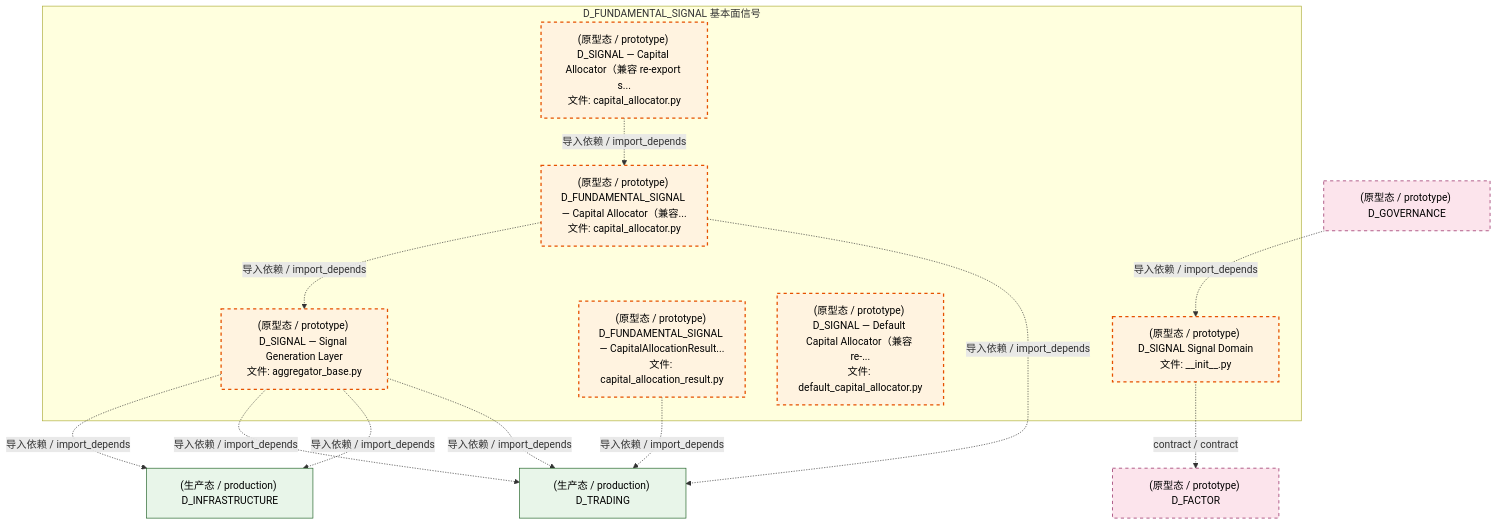
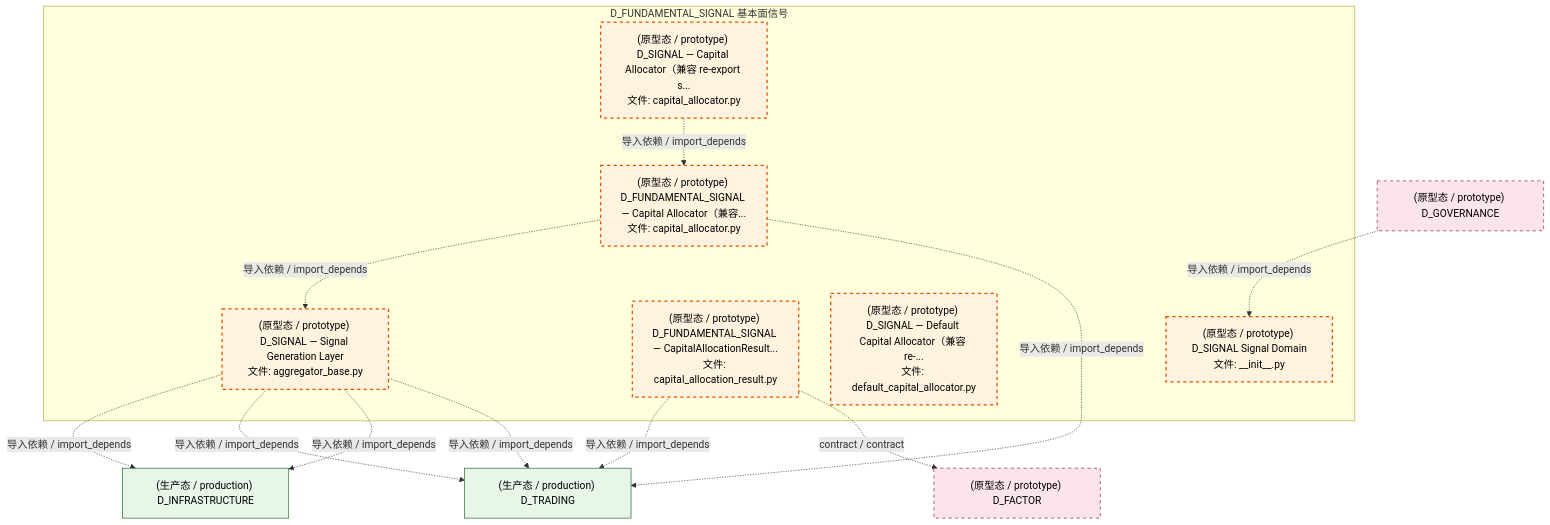
One commit to xuanFelixVan/ZephyrAlpha changed the third of 4 diagrams in docs/02_enterprise_architecture/02_domain_architecture_docs/37_d_fundamental_signal.md. Above: the diagram before and after it, drawn with Mermaid. The commit also changed other lines of this file and 99 other files, not shown here.

````diff
--- a/docs/02_enterprise_architecture/02_domain_architecture_docs/37_d_fundamental_signal.md
+++ b/docs/02_enterprise_architecture/02_domain_architecture_docs/37_d_fundamental_signal.md
@@ -171,32 +171,32 @@
 ```mermaid
 graph TD
     subgraph D_FUNDAMENTAL_SIGNAL["D_FUNDAMENTAL_SIGNAL 基本面信号"]
         src_zephyr_signal_fundamental_init_py["(原型态 / prototype) D_SIGNAL Signal Domain<br/>文件: __init__.py"]
         src_zephyr_signal_fundamental_capital_capital_allocation_result_py["(原型态 / prototype) D_FUNDAMENTAL_SIGNAL — CapitalAllocationResult...<br/>文件: capital_allocation_result.py"]
         src_zephyr_signal_fundamental_capital_capital_allocator_py["(原型态 / prototype) D_SIGNAL — Capital Allocator（兼容 re-export s...<br/>文件: capital_allocator.py"]
         src_zephyr_signal_fundamental_capital_default_capital_allocator_py["(原型态 / prototype) D_SIGNAL — Default Capital Allocator（兼容 re-...<br/>文件: default_capital_allocator.py"]
         src_zephyr_signal_fundamental_gen_aggregator_base_py["(原型态 / prototype) D_SIGNAL — Signal Generation Layer<br/>文件: aggregator_base.py"]
         src_zephyr_signal_fundamental_strategy_capital_allocator_py["(原型态 / prototype) D_FUNDAMENTAL_SIGNAL — Capital Allocator（兼容...<br/>文件: capital_allocator.py"]
     end
     src_zephyr_signal_fundamental_capital_capital_allocator_py -.->|导入依赖 / import_depends| src_zephyr_signal_fundamental_strategy_capital_allocator_py
     src_zephyr_signal_fundamental_strategy_capital_allocator_py -.->|导入依赖 / import_depends| src_zephyr_signal_fundamental_gen_aggregator_base_py
-    D_FACTOR["(原型态 / prototype) D_FACTOR"]
-    src_zephyr_signal_fundamental_init_py -.->|contract / contract| D_FACTOR
     D_TRADING["(生产态 / production) D_TRADING"]
     src_zephyr_signal_fundamental_capital_capital_allocation_result_py -.->|导入依赖 / import_depends| D_TRADING
+    D_FACTOR["(原型态 / prototype) D_FACTOR"]
+    src_zephyr_signal_fundamental_capital_capital_allocation_result_py -.->|contract / contract| D_FACTOR
     D_INFRASTRUCTURE["(生产态 / production) D_INFRASTRUCTURE"]
     src_zephyr_signal_fundamental_gen_aggregator_base_py -.->|导入依赖 / import_depends| D_INFRASTRUCTURE
     src_zephyr_signal_fundamental_gen_aggregator_base_py -.->|导入依赖 / import_depends| D_TRADING
     src_zephyr_signal_fundamental_gen_aggregator_base_py -.->|导入依赖 / import_depends| D_INFRASTRUCTURE
     src_zephyr_signal_fundamental_gen_aggregator_base_py -.->|导入依赖 / import_depends| D_TRADING
     src_zephyr_signal_fundamental_strategy_capital_allocator_py -.->|导入依赖 / import_depends| D_TRADING
     D_GOVERNANCE["(原型态 / prototype) D_GOVERNANCE"]
     D_GOVERNANCE -.->|导入依赖 / import_depends| src_zephyr_signal_fundamental_init_py
     classDef production fill:#e1f5fe,stroke:#01579b,stroke-width:2px,color:#000
     classDef design fill:#fff3e0,stroke:#e65100,stroke-width:2px,color:#000,stroke-dasharray: 5 5
     classDef external_prod fill:#e8f5e9,stroke:#1b5e20,stroke-width:1px,color:#000
     classDef external_design fill:#fce4ec,stroke:#880e4f,stroke-width:1px,color:#000,stroke-dasharray: 5 5
     class src_zephyr_signal_fundamental_init_py,src_zephyr_signal_fundamental_capital_capital_allocation_result_py,src_zephyr_signal_fundamental_capital_capital_allocator_py,src_zephyr_signal_fundamental_capital_default_capital_allocator_py,src_zephyr_signal_fundamental_gen_aggregator_base_py,src_zephyr_signal_fundamental_strategy_capital_allocator_py design
     class D_TRADING,D_INFRASTRUCTURE external_prod
     class D_FACTOR,D_GOVERNANCE external_design
 ```
````
